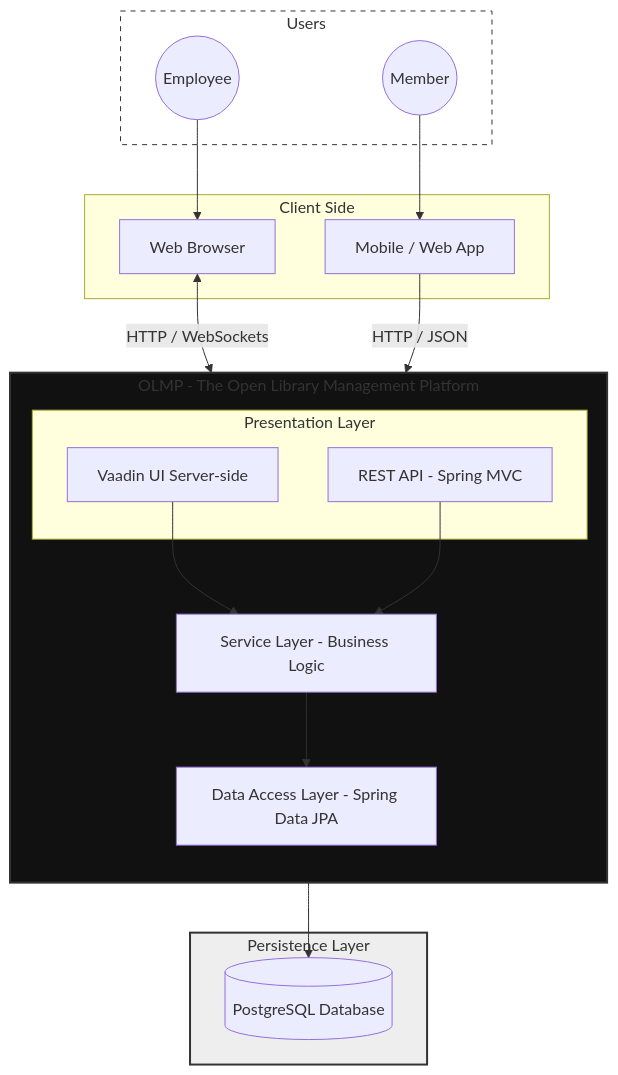
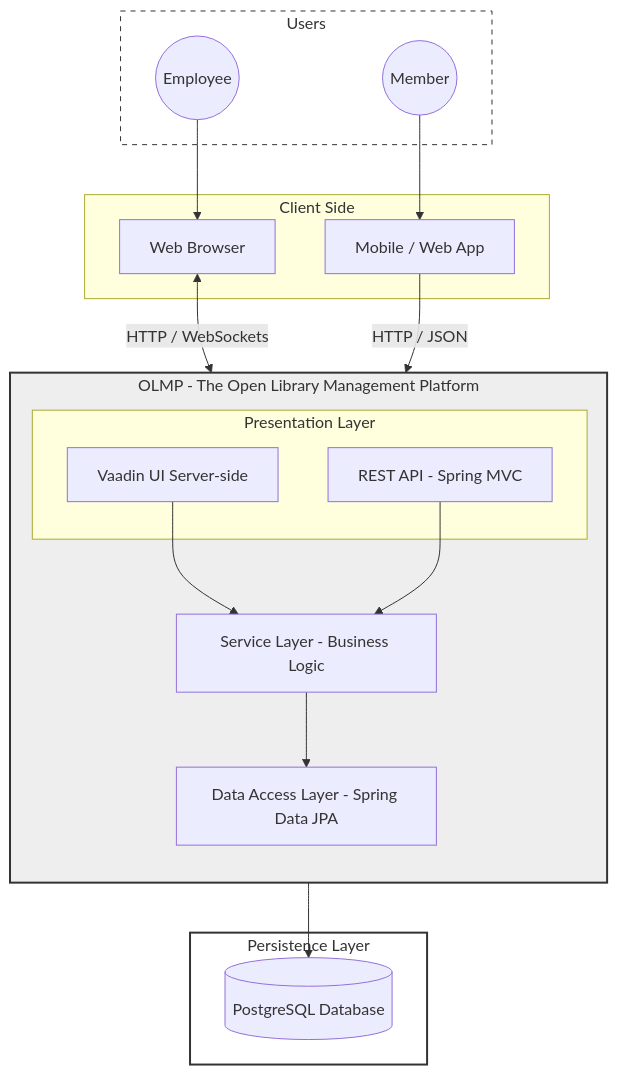
One commit to markus-grosshaeuser/OLMP changed the second of 2 diagrams in doc/architecture.md. Above: the diagram before and after it, drawn with Mermaid. The commit also changed 1 other file, not shown here.

Commit message:
Update documentation with corrected repository URL and adjusted architecture diagram styles.

````diff
--- a/doc/architecture.md
+++ b/doc/architecture.md
@@ -18,45 +18,45 @@
 ``` mermaid
 flowchart TD
     subgraph Users [Users]
         Employee((Employee))
         Member((Member))
     end
 
     subgraph Client_Side [Client Side]
         Browser[Web Browser]
         ExternalApp[Mobile / Web App]
     end
 
     subgraph OLMP_Server [OLMP - The Open Library Management Platform]
         direction TB
         subgraph Presentation_Layer [Presentation Layer]
             Vaadin[Vaadin UI Server-side]
             REST[REST API - Spring MVC]
         end
         
         Service[Service Layer - Business Logic]
         JPA[Data Access Layer - Spring Data JPA]
     end
 
     subgraph Data_Layer [Persistence Layer]
         DB[(PostgreSQL Database)]
     end
 
     %% Connections
     Employee --> Browser
     Browser <-->|HTTP / WebSockets| Vaadin
     
     Member --> ExternalApp
     ExternalApp -->|HTTP / JSON| REST
     
     Vaadin --> Service
     REST --> Service
     
     Service --> JPA
     JPA --> DB
 
     %% Styling
-    style OLMP_Server fill:#111,stroke:#333,stroke-width:2px
-    style Data_Layer fill:#eee,stroke:#333,stroke-width:2px
+    style OLMP_Server fill:#eee,stroke:#333,stroke-width:2px
+    style Data_Layer fill:#fff,stroke:#333,stroke-width:2px
     style Users fill:#fff,stroke:#333,stroke-dasharray: 5 5
 ```
````
